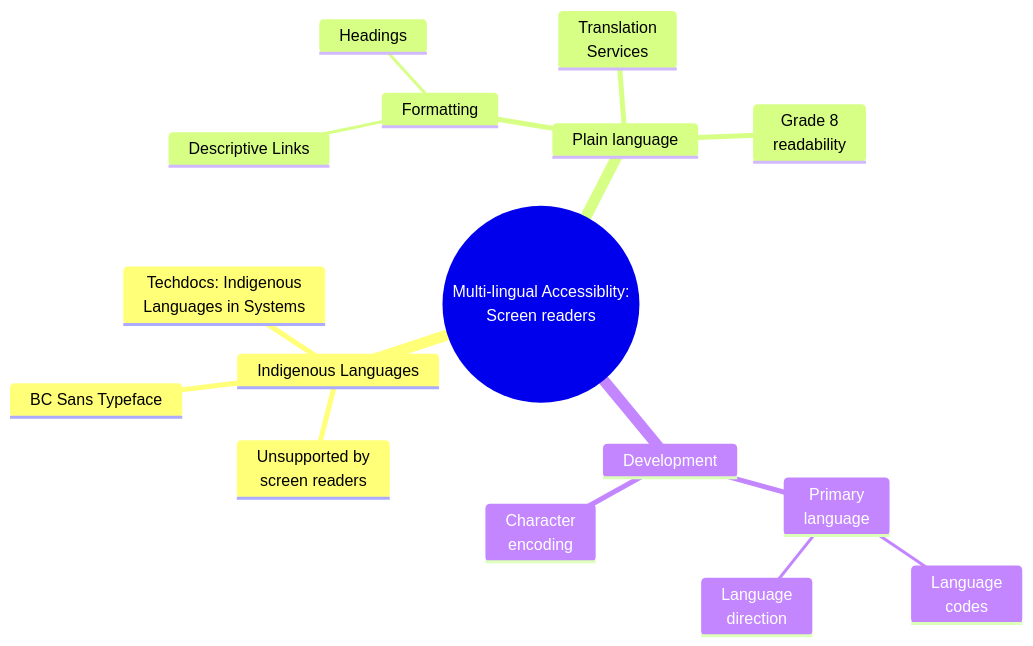
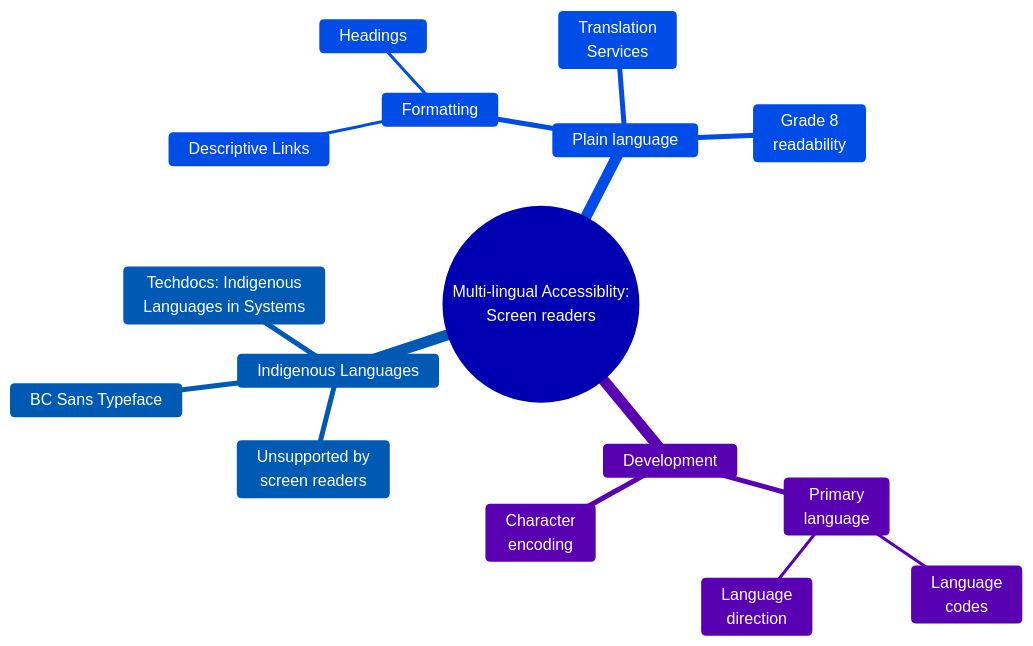
The diagram in docs/accessibility-resources.md (bcgov/bcdg), drawn with Mermaid before and after one commit.

`````diff
--- a/docs/accessibility-resources.md
+++ b/docs/accessibility-resources.md
@@ -7,23 +7,37 @@
 ```mermaid
+
+%%{
+  init: {
+    'theme': 'base',
+    'themeVariables': {
+      'primaryColor': '#3333ff',
+      'primaryTextColor': '#fff',
+      'primaryBorderColor': '#7C0000',
+      'lineColor': '#F8B229',
+      'secondaryColor': '#3399ff',
+      'tertiaryColor': '#6699ff'
+    }
+  }
+}%%
 
 mindmap
   root((Multi-lingual Accessiblity: <br> Screen readers))
     Indigenous Languages
             Unsupported by<br> screen readers
             BC Sans Typeface
             Techdocs: Indigenous<br> Languages in Systems
               
     Plain language
         Formatting
             Headings
             Descriptive Links
         Grade 8 <br> readability
         Translation<br> Services
 
     Development
         Primary<br> language
             Language<br> codes
             Language<br> direction
         Character<br> encoding
               
 ````
`````
